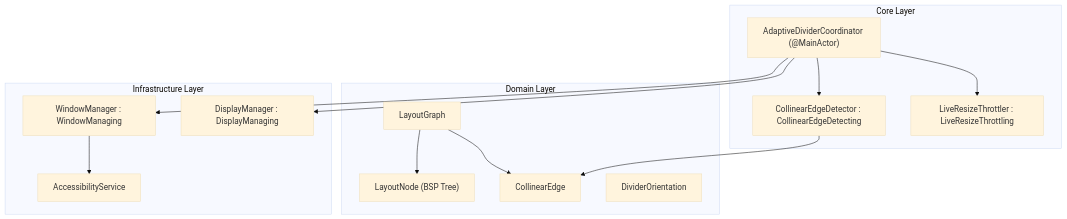
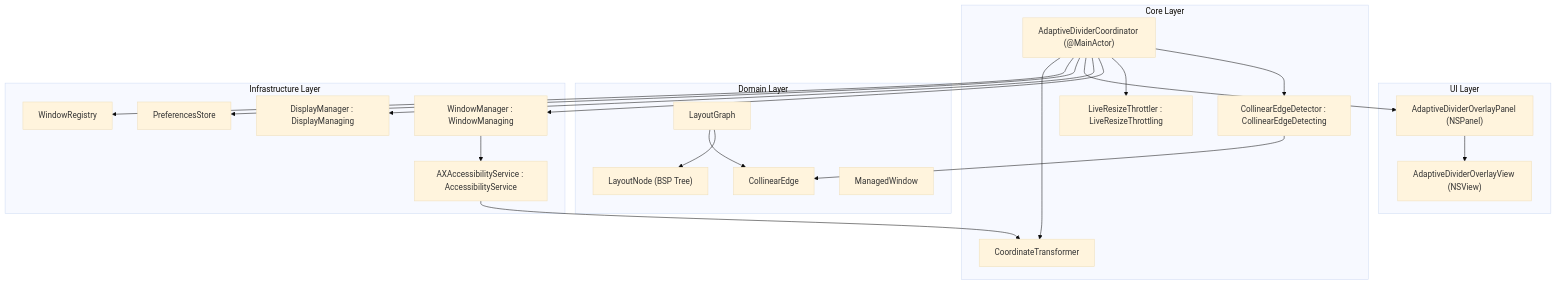
The first of 7 diagrams in docs/features/adaptive-divider-resize/README.md (ahauy/FlowSnap), drawn with Mermaid (base theme) before and after one commit. The commit also changed other lines of this file and 1 other file, not shown here.

Commit message:
docs: update adaptive divider resize technical documentation

````diff
--- a/docs/features/adaptive-divider-resize/README.md
+++ b/docs/features/adaptive-divider-resize/README.md
@@ -125,30 +306,44 @@
 ```mermaid
 graph TD
+    subgraph UI ["UI Layer"]
+        ADOP["AdaptiveDividerOverlayPanel (NSPanel)"]
+        ADOV["AdaptiveDividerOverlayView (NSView)"]
+        ADOP --> ADOV
+    end
+
     subgraph Core ["Core Layer"]
         ADC["AdaptiveDividerCoordinator (@MainActor)"]
         CED["CollinearEdgeDetector : CollinearEdgeDetecting"]
         LRT["LiveResizeThrottler : LiveResizeThrottling"]
+        CT["CoordinateTransformer"]
     end
 
     subgraph Domain ["Domain Layer"]
         LG["LayoutGraph"]
         LN["LayoutNode (BSP Tree)"]
         CE["CollinearEdge"]
-        DO["DividerOrientation"]
+        MW["ManagedWindow"]
     end
 
     subgraph Infrastructure ["Infrastructure Layer"]
         WM["WindowManager : WindowManaging"]
         DM["DisplayManager : DisplayManaging"]
-        AX["AccessibilityService"]
+        AX["AXAccessibilityService : AccessibilityService"]
+        PS["PreferencesStore"]
+        WR["WindowRegistry"]
     end
 
     ADC --> CED
     ADC --> LRT
     ADC --> WM
     ADC --> DM
+    ADC --> ADOP
+    ADC --> PS
+    ADC --> WR
+    ADC --> CT
     CED --> CE
     LG --> LN
     LG --> CE
     WM --> AX
+    AX --> CT
 ```
````
